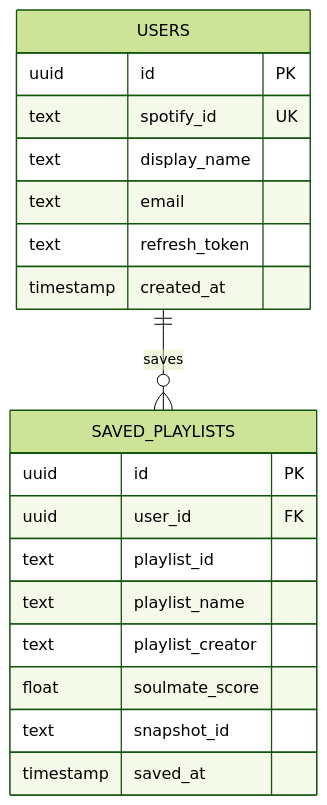
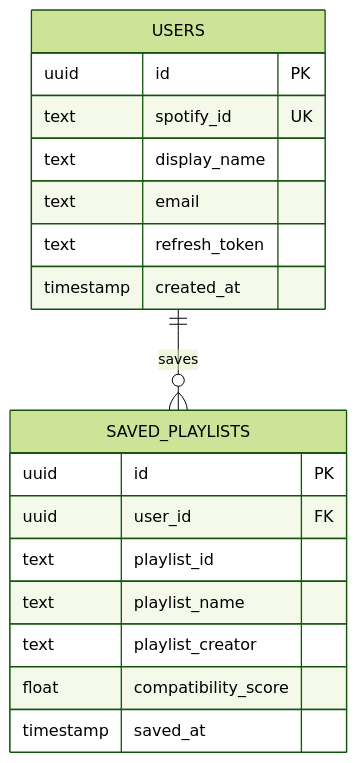
The diagram in DESIGN.md (Patrickrivett/Curatify), drawn with Mermaid (forest theme) before and after one commit.

Commit message:
rename soulmate_score to compatibility_score

````diff
--- a/DESIGN.md
+++ b/DESIGN.md
@@ -57,22 +57,21 @@
 ```mermaid
 erDiagram
     USERS ||--o{ SAVED_PLAYLISTS : saves
     USERS {
         uuid id PK
         text spotify_id UK
         text display_name
         text email
         text refresh_token
         timestamp created_at
     }
     SAVED_PLAYLISTS {
         uuid id PK
         uuid user_id FK
         text playlist_id
         text playlist_name
         text playlist_creator
-        float soulmate_score
-        text snapshot_id
+        float compatibility_score
         timestamp saved_at
     }
 ```
````
